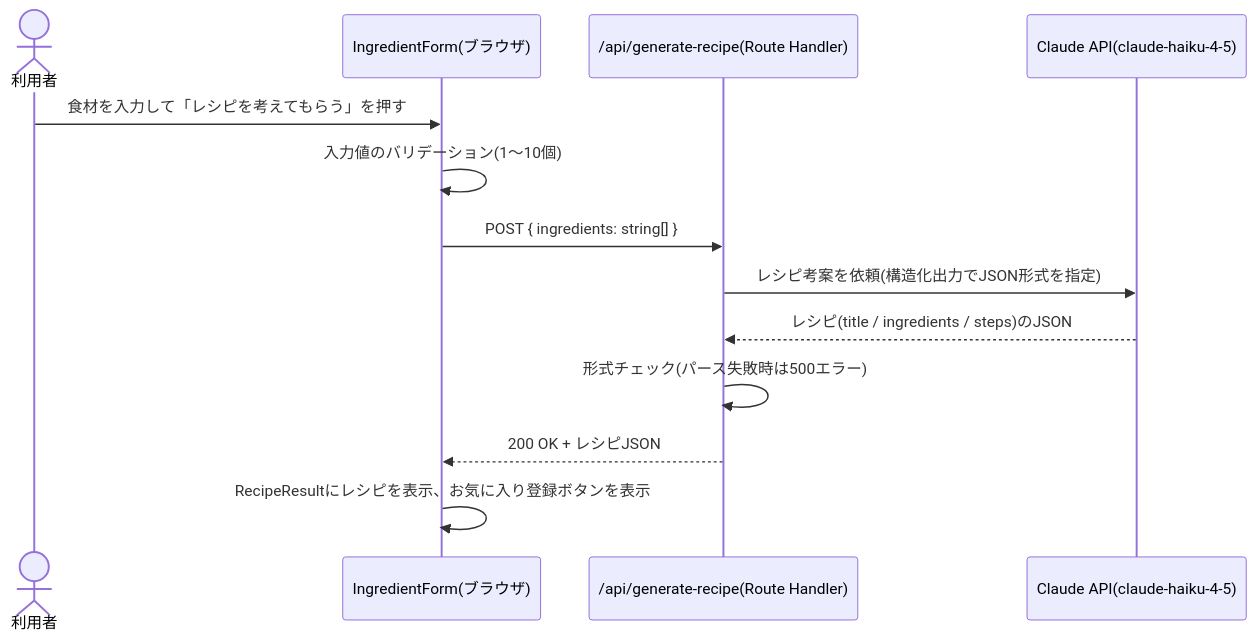
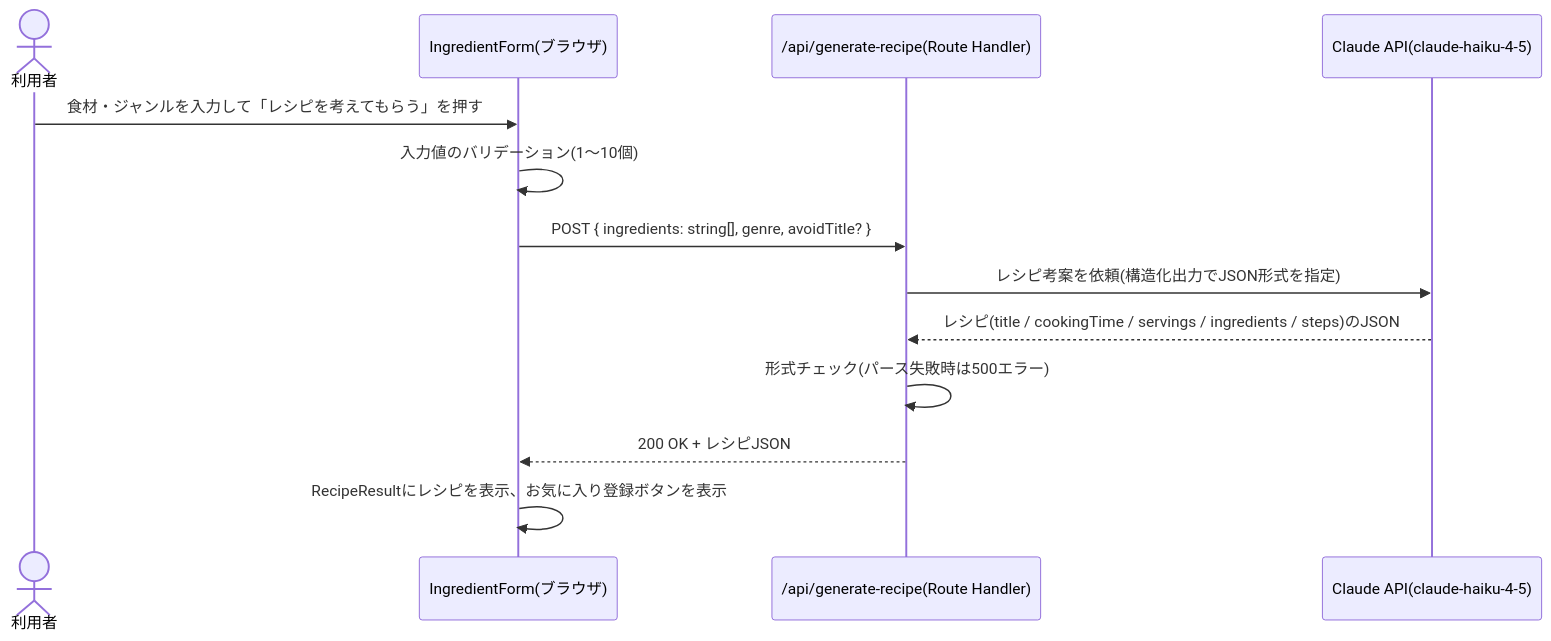
The diagram in my-recipe/docs/03_detailed-design.md (MasaharuShibata/my-workspace), drawn with Mermaid before and after one commit. The commit also changed other lines of this file and 16 other files, not shown here.

````diff
--- a/my-recipe/docs/03_detailed-design.md
+++ b/my-recipe/docs/03_detailed-design.md
@@ -113,16 +142,16 @@
 ```mermaid
 sequenceDiagram
     actor User as 利用者
     participant Form as IngredientForm(ブラウザ)
     participant Route as /api/generate-recipe(Route Handler)
     participant Claude as Claude API(claude-haiku-4-5)
 
-    User->>Form: 食材を入力して「レシピを考えてもらう」を押す
+    User->>Form: 食材・ジャンルを入力して「レシピを考えてもらう」を押す
     Form->>Form: 入力値のバリデーション(1〜10個)
-    Form->>Route: POST { ingredients: string[] }
+    Form->>Route: POST { ingredients: string[], genre, avoidTitle? }
     Route->>Claude: レシピ考案を依頼(構造化出力でJSON形式を指定)
-    Claude-->>Route: レシピ(title / ingredients / steps)のJSON
+    Claude-->>Route: レシピ(title / cookingTime / servings / ingredients / steps)のJSON
     Route->>Route: 形式チェック(パース失敗時は500エラー)
     Route-->>Form: 200 OK + レシピJSON
     Form->>Form: RecipeResultにレシピを表示、お気に入り登録ボタンを表示
 ```
````
